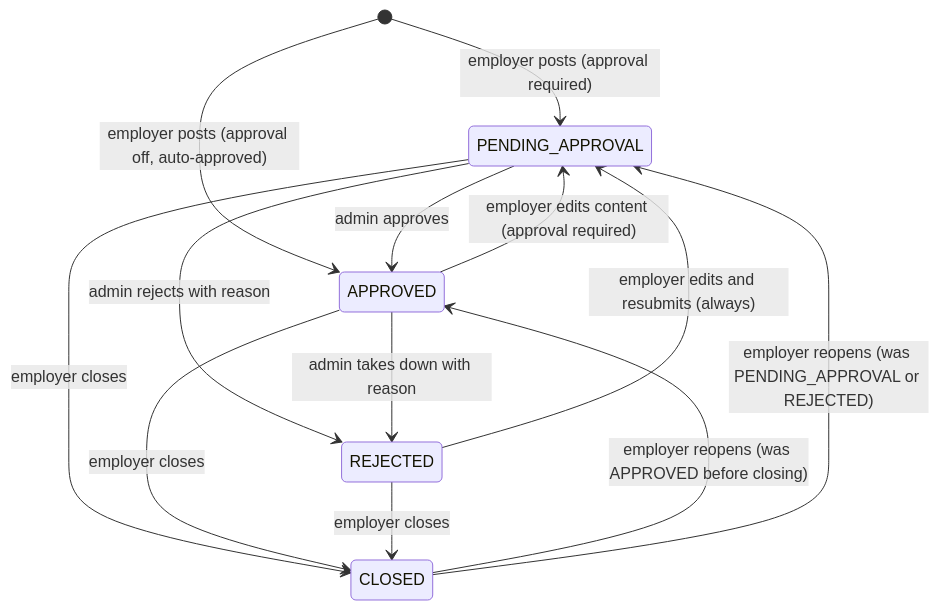
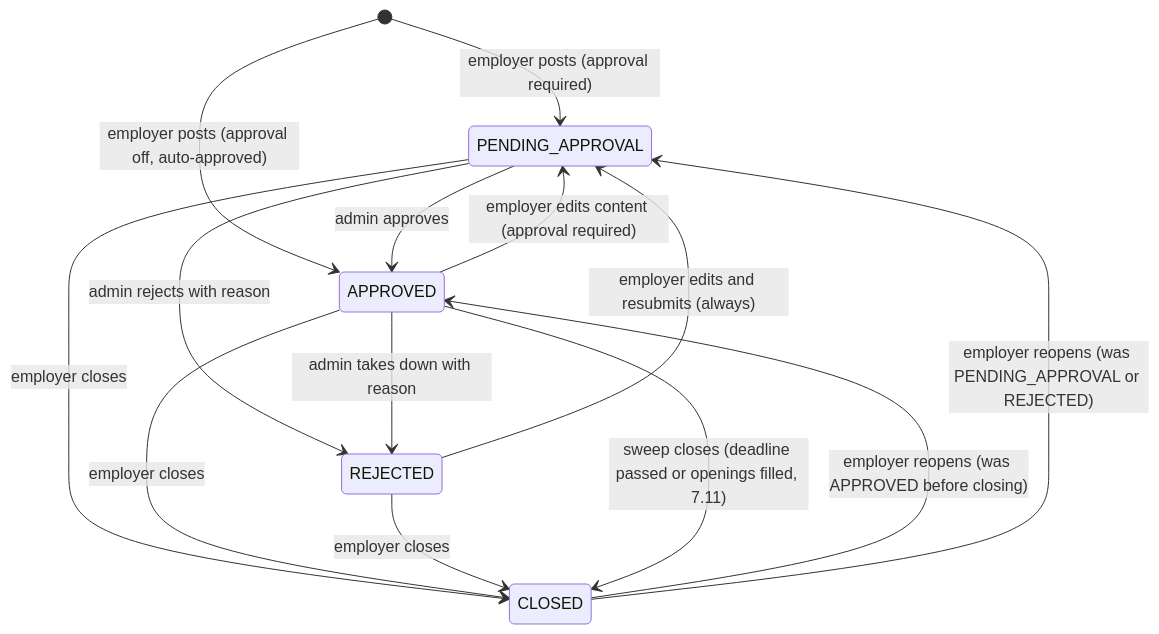
The fifth of 7 diagrams in docs/PROJECT_PLAN.md (ArjavJain07/Online-Job-Portal), drawn with Mermaid before and after one commit. The commit also changed other lines of this file and 7 other files, not shown here.

````diff
--- a/docs/PROJECT_PLAN.md
+++ b/docs/PROJECT_PLAN.md
@@ -885,15 +886,16 @@
 ```mermaid
 stateDiagram-v2
     [*] --> PENDING_APPROVAL: employer posts (approval required)
     [*] --> APPROVED: employer posts (approval off, auto-approved)
     PENDING_APPROVAL --> APPROVED: admin approves
     PENDING_APPROVAL --> REJECTED: admin rejects with reason
     APPROVED --> REJECTED: admin takes down with reason
     APPROVED --> PENDING_APPROVAL: employer edits content (approval required)
     REJECTED --> PENDING_APPROVAL: employer edits and resubmits (always)
     PENDING_APPROVAL --> CLOSED: employer closes
     APPROVED --> CLOSED: employer closes
     REJECTED --> CLOSED: employer closes
     CLOSED --> APPROVED: employer reopens (was APPROVED before closing)
     CLOSED --> PENDING_APPROVAL: employer reopens (was PENDING_APPROVAL or REJECTED)
+    APPROVED --> CLOSED: sweep closes (deadline passed or openings filled, 7.11)
 ```
````
